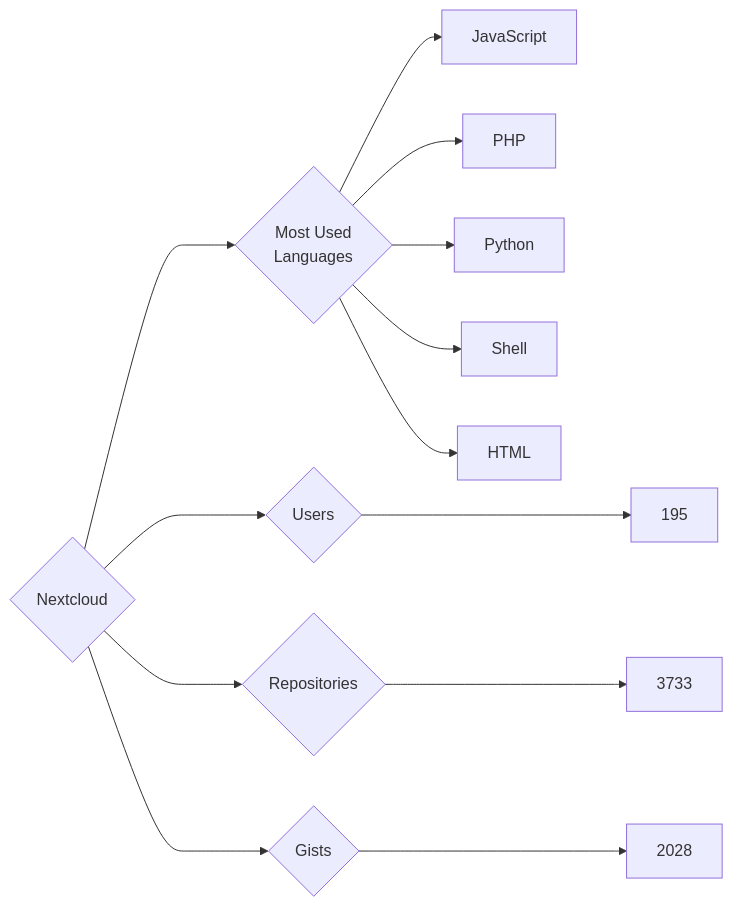
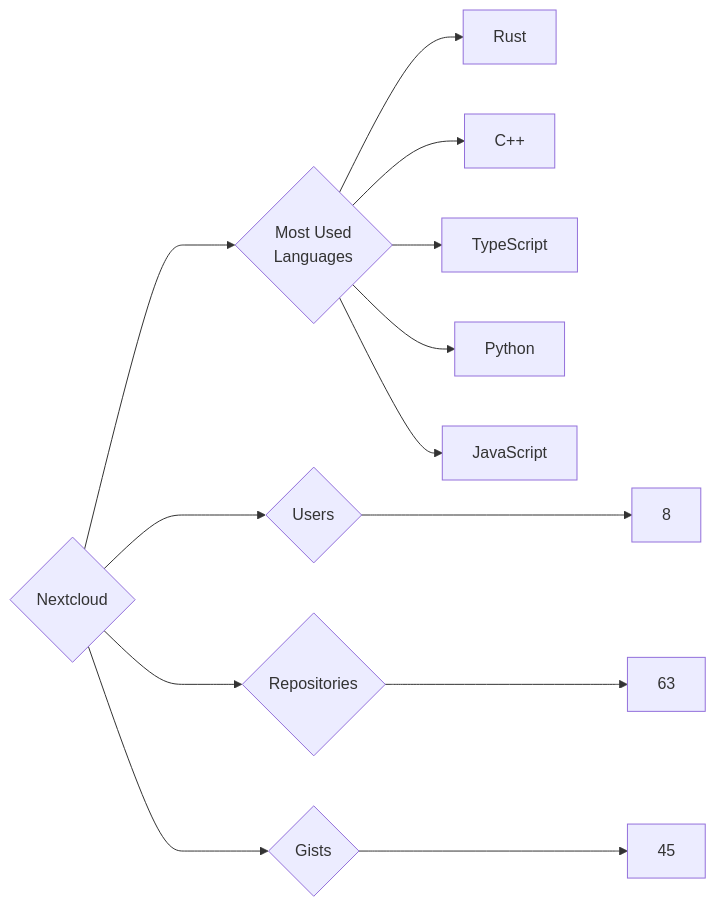
Before and after one commit to trickest/insiders: the diagram in targets/Nextcloud/README.md, drawn with Mermaid. The commit also changed 1496 other files, not shown here.

````diff
--- a/targets/Nextcloud/README.md
+++ b/targets/Nextcloud/README.md
@@ -3,13 +3,13 @@
 ```mermaid
 graph LR
 COMPANY_NAME{Nextcloud}
-COMPANY_NAME ---> U{Users} ---> UN[195]
-COMPANY_NAME ---> R{Repositories} ---> RN[3733]
-COMPANY_NAME ---> G{Gists} ---> GN[2028]
+COMPANY_NAME ---> U{Users} ---> UN[8]
+COMPANY_NAME ---> R{Repositories} ---> RN[63]
+COMPANY_NAME ---> G{Gists} ---> GN[45]
 COMPANY_NAME ---> ML{Most Used<br>Languages}
+ML --> Rust[Rust]
+ML --> C++[C++]
+ML --> TypeScript[TypeScript]
+ML --> Python[Python]
 ML --> JavaScript[JavaScript]
-ML --> PHP[PHP]
-ML --> Python[Python]
-ML --> Shell[Shell]
-ML --> HTML[HTML]
 ```
````
